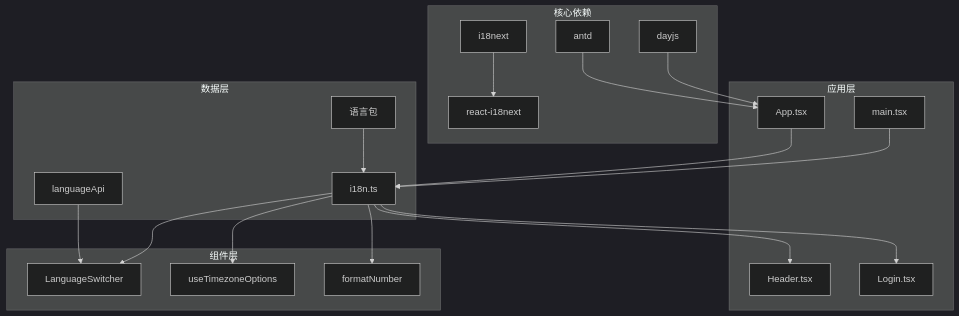
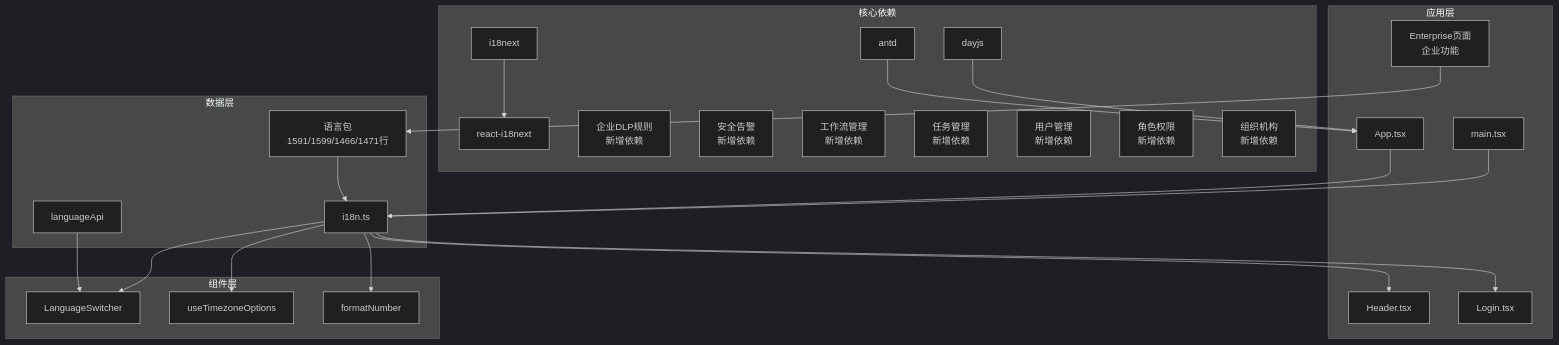
Before and after one commit to joezxh/CoPaw: the eighth of 8 diagrams in .qoder/repowiki/zh/content/前端控制台/国际化系统.md, drawn with Mermaid (dark theme). The commit also changed other lines of this file and 20 other files, not shown here.

````diff
--- a/.qoder/repowiki/zh/content/前端控制台/国际化系统.md
+++ b/.qoder/repowiki/zh/content/前端控制台/国际化系统.md
@@ -305,37 +409,46 @@
 ```mermaid
 graph TB
 subgraph "核心依赖"
 I18NEXT[i18next]
 REACT_I18NEXT[react-i18next]
 DAYJS[dayjs]
 ANT_DESIGN[antd]
+ENDOT[企业DLP规则<br/>新增依赖]
+ALERTS[安全告警<br/>新增依赖]
+ENDOWF[工作流管理<br/>新增依赖]
+ENDOTASK[任务管理<br/>新增依赖]
+ENDOUSER[用户管理<br/>新增依赖]
+ENDOROLE[角色权限<br/>新增依赖]
+ENDOORG[组织机构<br/>新增依赖]
 end
 subgraph "应用层"
 APP[App.tsx]
 MAIN[main.tsx]
 HEADER[Header.tsx]
 LOGIN[Login.tsx]
+ENDO[Enterprise页面<br/>企业功能]
 end
 subgraph "组件层"
 SWITCHER[LanguageSwitcher]
 TIMEZONE[useTimezoneOptions]
 FORMAT[formatNumber]
 end
 subgraph "数据层"
 I18N[i18n.ts]
-LOCALES[语言包]
+LOCALES[语言包<br/>1591/1599/1466/1471行]
 API[languageApi]
 end
 I18NEXT --> REACT_I18NEXT
 DAYJS --> APP
 ANT_DESIGN --> APP
 I18N --> SWITCHER
 I18N --> HEADER
 I18N --> LOGIN
 I18N --> TIMEZONE
 I18N --> FORMAT
 LOCALES --> I18N
 API --> SWITCHER
 MAIN --> I18N
 APP --> I18N
+ENDO --> LOCALES
 ```
````
